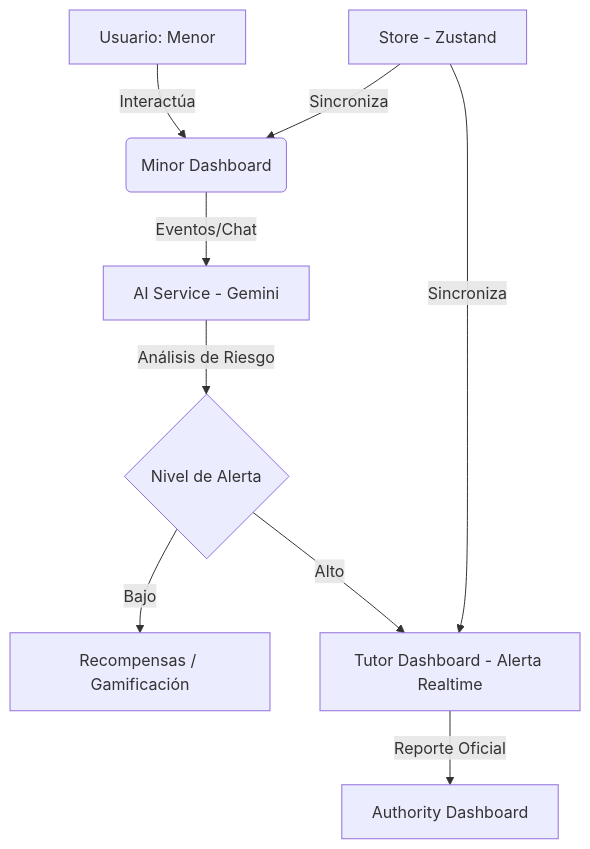
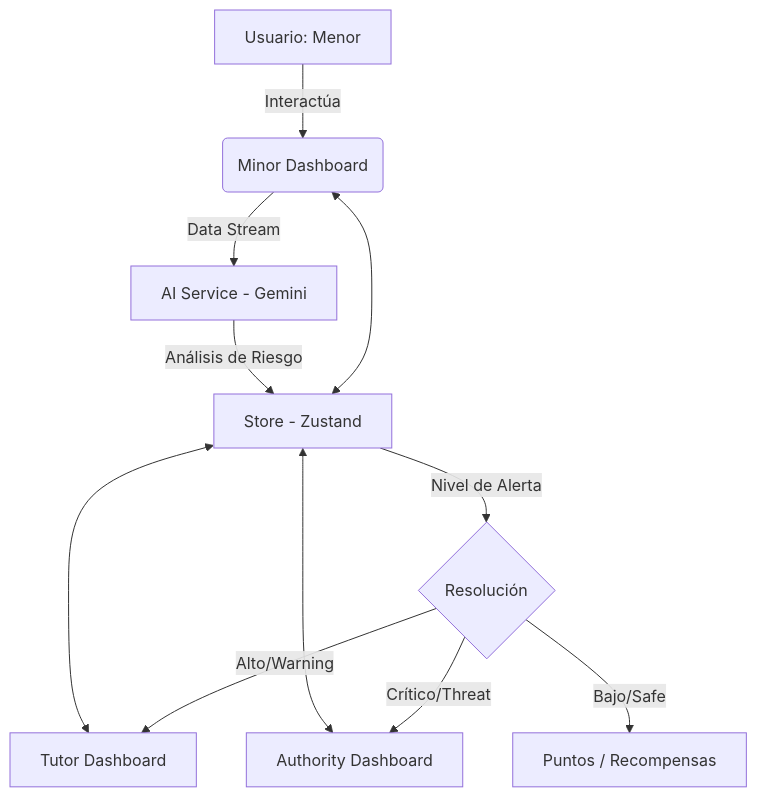
One commit to Ezequi-el/DEMO changed the diagram in README.md. Above: the diagram before and after it, drawn with Mermaid. The commit also changed other lines of this file, not shown here.

Commit message:
read cambio 1108

````diff
--- a/README.md
+++ b/README.md
@@ -38,11 +49,13 @@
 ```mermaid
 graph TD
     A[Usuario: Menor] -->|Interactúa| B(Minor Dashboard)
-    B -->|Eventos/Chat| C[AI Service - Gemini]
-    C -->|Análisis de Riesgo| D{Nivel de Alerta}
-    D -->|Bajo| E[Recompensas / Gamificación]
-    D -->|Alto| F[Tutor Dashboard - Alerta Realtime]
-    F -->|Reporte Oficial| G[Authority Dashboard]
-    H[Store - Zustand] -->|Sincroniza| B
-    H -->|Sincroniza| F
+    B -->|Data Stream| C[AI Service - Gemini]
+    C -->|Análisis de Riesgo| H[Store - Zustand]
+    H <--> B
+    H <--> F[Tutor Dashboard]
+    H <--> G[Authority Dashboard]
+    H -->|Nivel de Alerta| D{Resolución}
+    D -->|Bajo/Safe| E[Puntos / Recompensas]
+    D -->|Alto/Warning| F
+    D -->|Crítico/Threat| G
 ```
````
